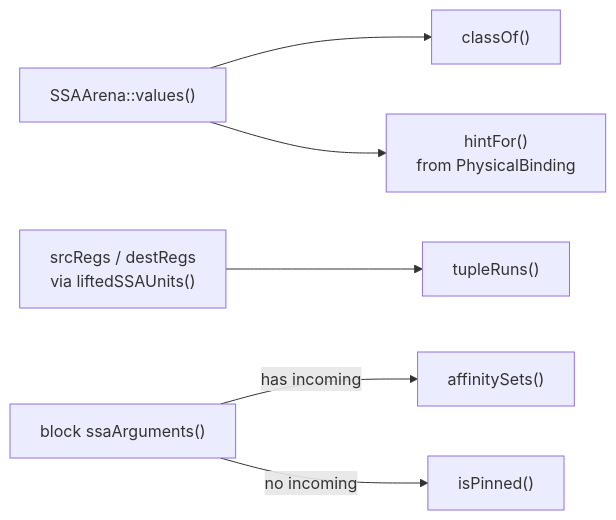
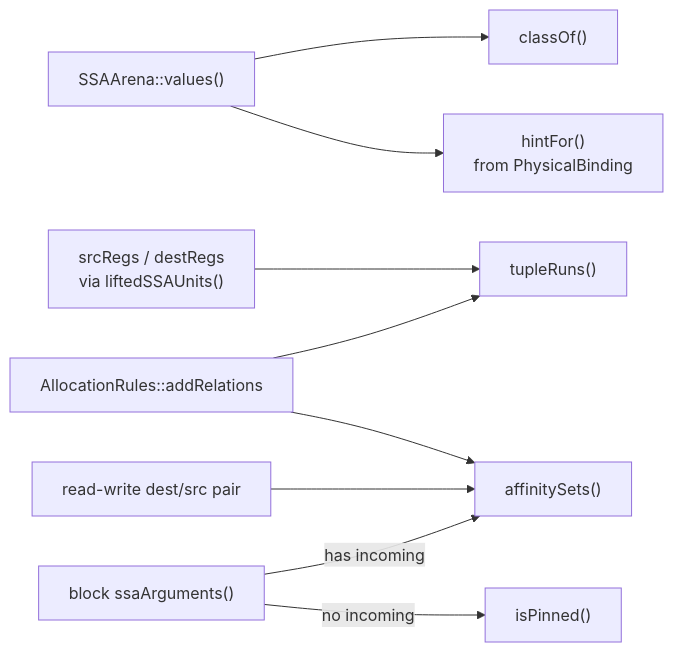
Before and after one commit to ROCm/rocm-libraries: the fourth of 6 diagrams in shared/stinkytofu/docs/developer/register-allocation.md, drawn with Mermaid. The commit also changed other lines of this file and 49 other files, not shown here.

Commit message:
Register allocation rules

````diff
--- a/shared/stinkytofu/docs/developer/register-allocation.md
+++ b/shared/stinkytofu/docs/developer/register-allocation.md
@@ -493,8 +541,11 @@
 ```mermaid
 flowchart LR
     Arena["SSAArena::values()"] --> ClassOf["classOf()"]
     Arena --> Hint["hintFor()<br/>from PhysicalBinding"]
     Ops["srcRegs / destRegs<br/>via liftedSSAUnits()"] --> Tuple["tupleRuns()"]
     Args["block ssaArguments()"] -->|has incoming| Aff["affinitySets()"]
     Args -->|no incoming| Pin["isPinned()"]
+    RMW["read-write dest/src pair"] --> Aff
+    Rules["AllocationRules::addRelations"] --> Tuple
+    Rules --> Aff
 ```
````
